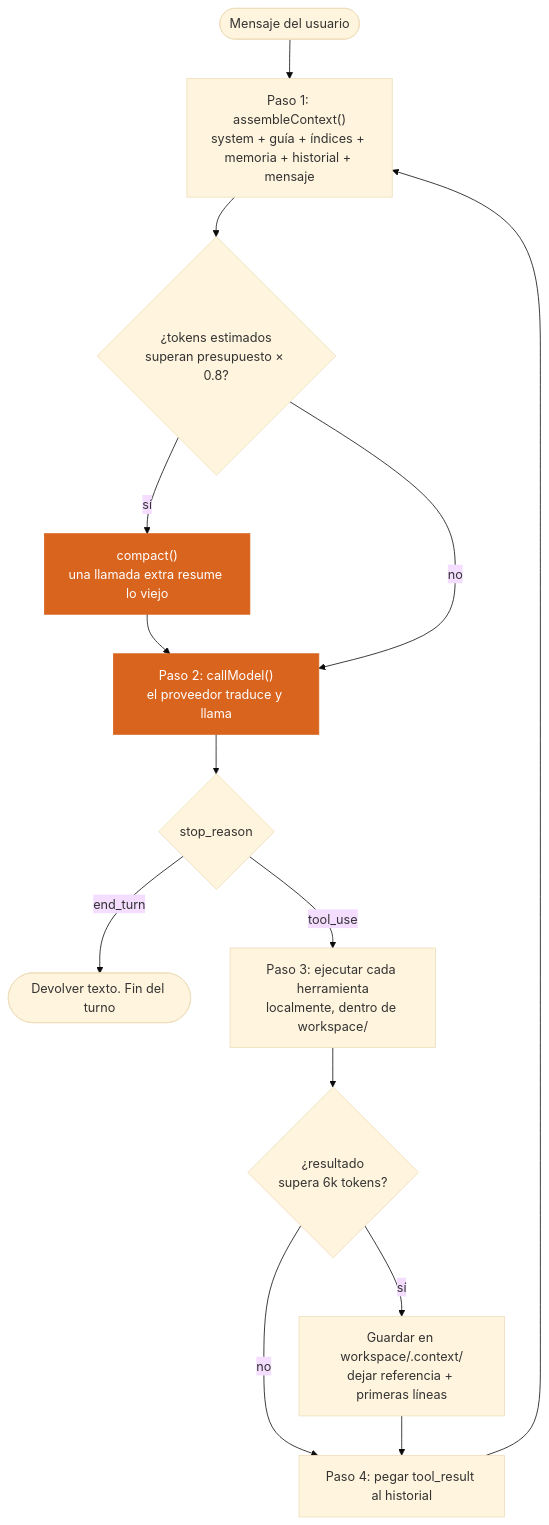
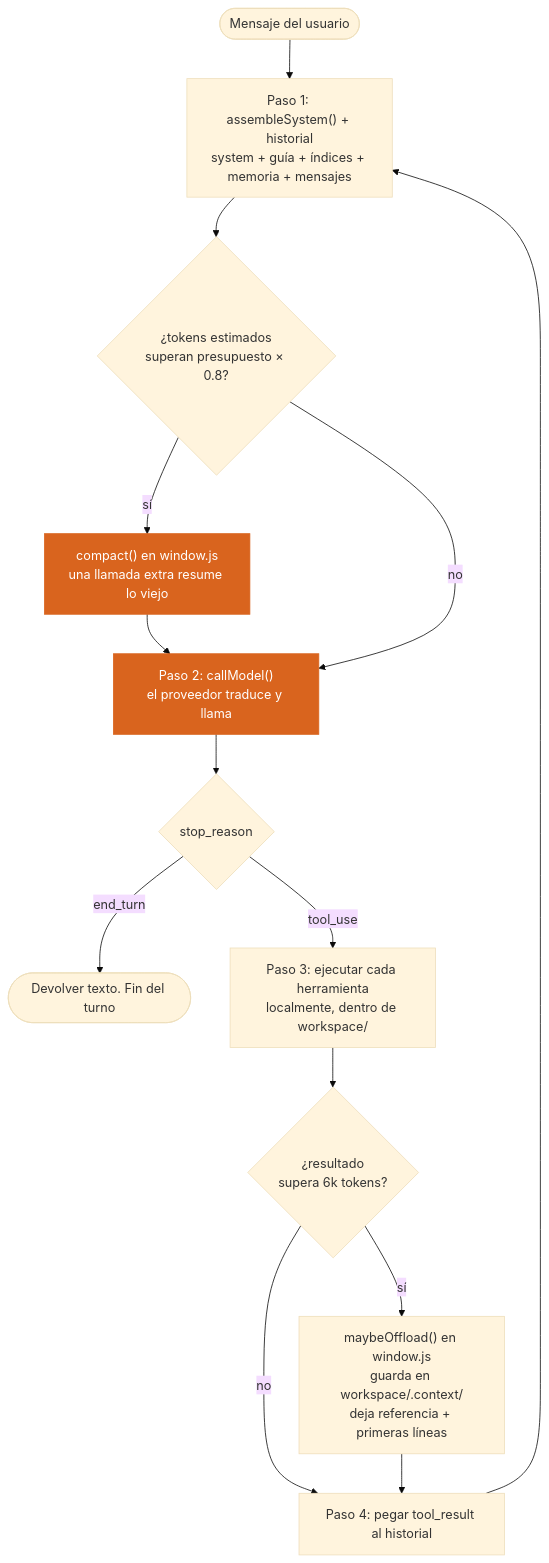
The fourth of 15 diagrams in README.md (ada-school/ada-harness), drawn with Mermaid (base theme) before and after one commit. The commit also changed other lines of this file and 58 other files, not shown here.

````diff
--- a/README.md
+++ b/README.md
@@ -213,18 +236,18 @@
 ```mermaid
 flowchart TD
-    START(["Mensaje del usuario"]) --> ASM["Paso 1: assembleContext()<br/>system + guía + índices + memoria + historial + mensaje"]
+    START(["Mensaje del usuario"]) --> ASM["Paso 1: assembleSystem() + historial<br/>system + guía + índices + memoria + mensajes"]
     ASM --> CHECK{"¿tokens estimados<br/>superan presupuesto × 0.8?"}
-    CHECK -->|sí| COMPACT["compact()<br/>una llamada extra resume lo viejo"]
+    CHECK -->|sí| COMPACT["compact() en window.js<br/>una llamada extra resume lo viejo"]
     COMPACT --> CALL
     CHECK -->|no| CALL["Paso 2: callModel()<br/>el proveedor traduce y llama"]
     CALL --> STOP{"stop_reason"}
     STOP -->|"end_turn"| DONE(["Devolver texto. Fin del turno"])
     STOP -->|"tool_use"| EXEC["Paso 3: ejecutar cada herramienta<br/>localmente, dentro de workspace/"]
     EXEC --> OFF{"¿resultado<br/>supera 6k tokens?"}
-    OFF -->|sí| DISK["Guardar en workspace/.context/<br/>dejar referencia + primeras líneas"]
+    OFF -->|sí| DISK["maybeOffload() en window.js<br/>guarda en workspace/.context/<br/>deja referencia + primeras líneas"]
     OFF -->|no| APPEND
     DISK --> APPEND["Paso 4: pegar tool_result al historial"]
     APPEND --> ASM
     style CALL fill:#d9641e,color:#fff,stroke:#d9641e
     style COMPACT fill:#d9641e,color:#fff,stroke:#d9641e
 ```
````
